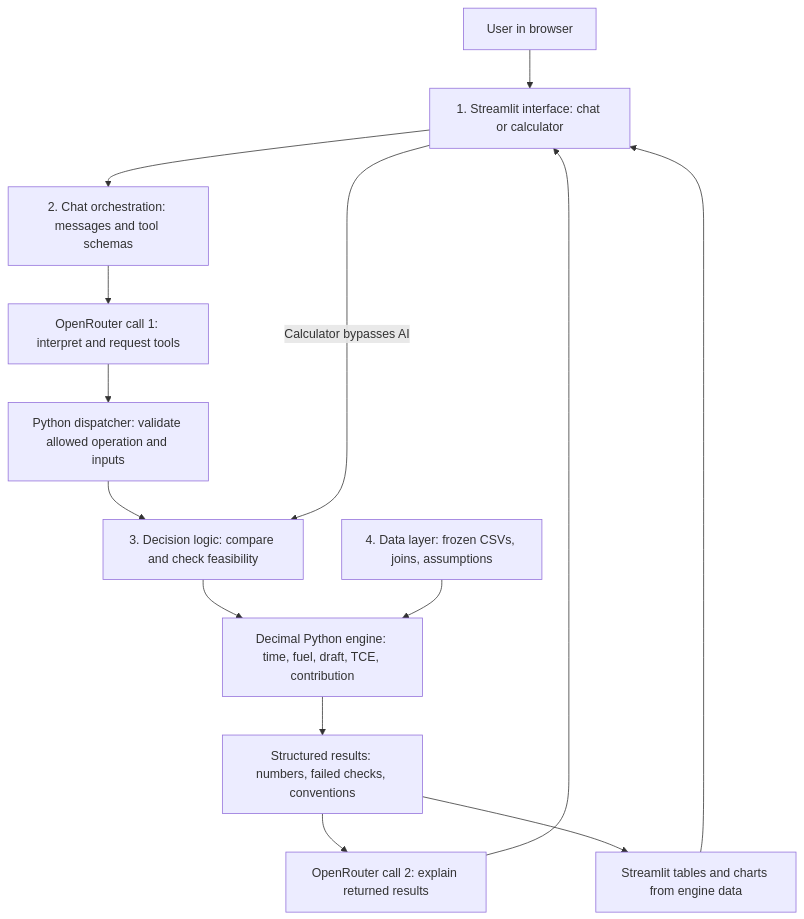
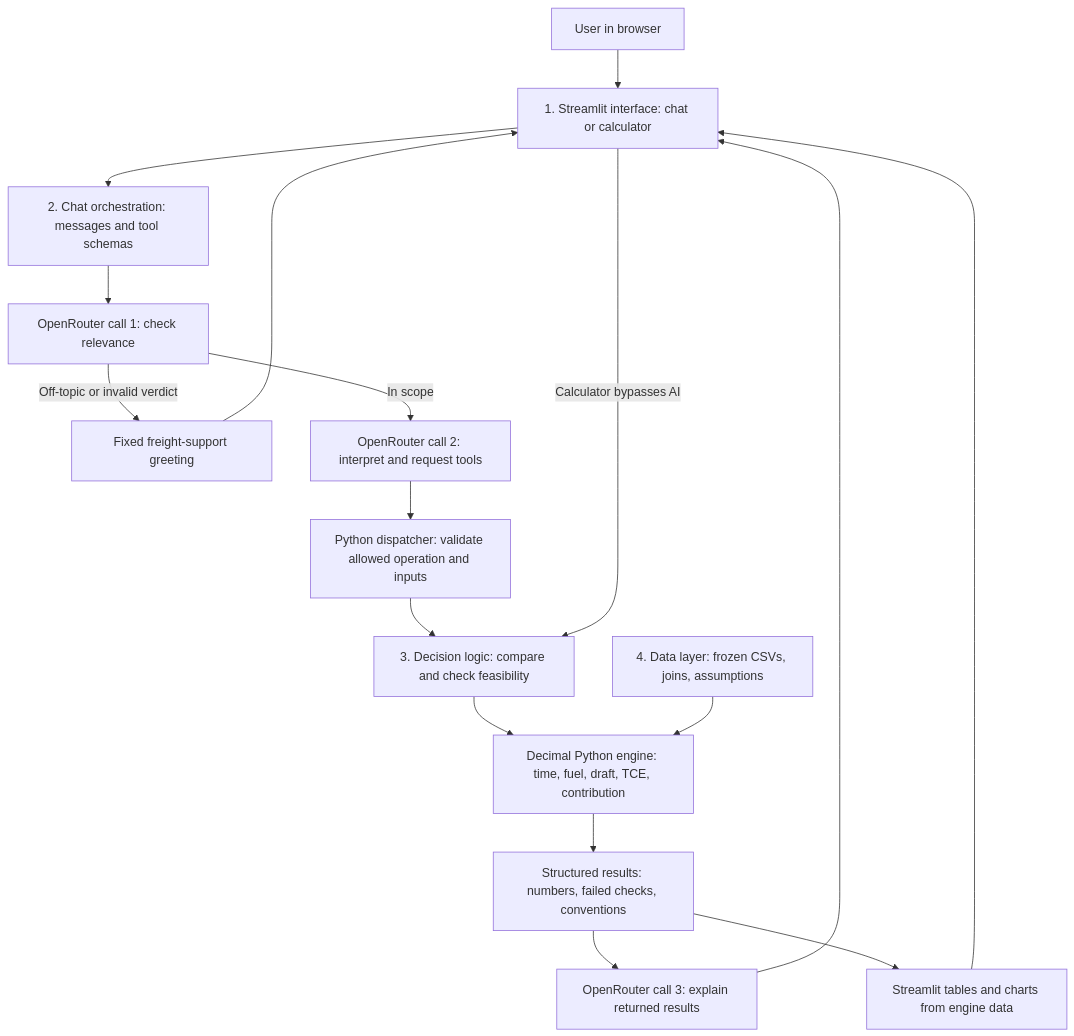
The diagram in docs/architecture.md (Walapipu/voyage-decision-support), drawn with Mermaid before and after one commit. The commit also changed other lines of this file and 9 other files, not shown here.

Commit message:
feat: keep assistant on topic and polish chat and map interaction

````diff
--- a/docs/architecture.md
+++ b/docs/architecture.md
@@ -5,16 +5,19 @@
 ```mermaid
 flowchart TD
     User[User in browser] --> UI["1. Streamlit interface: chat or calculator"]
     UI --> Chat["2. Chat orchestration: messages and tool schemas"]
-    Chat --> Interpret["OpenRouter call 1: interpret and request tools"]
+    Chat --> Scope["OpenRouter call 1: check relevance"]
+    Scope -->|Off-topic or invalid verdict| Greeting["Fixed freight-support greeting"]
+    Greeting --> UI
+    Scope -->|In scope| Interpret["OpenRouter call 2: interpret and request tools"]
     Interpret --> Validate["Python dispatcher: validate allowed operation and inputs"]
     Validate --> Decision["3. Decision logic: compare and check feasibility"]
     Decision --> Engine["Decimal Python engine: time, fuel, draft, TCE, contribution"]
     Data["4. Data layer: frozen CSVs, joins, assumptions"] --> Engine
     Engine --> Results["Structured results: numbers, failed checks, conventions"]
-    Results --> Explain["OpenRouter call 2: explain returned results"]
+    Results --> Explain["OpenRouter call 3: explain returned results"]
     Explain --> UI
     Results --> Charts["Streamlit tables and charts from engine data"]
     Charts --> UI
     UI -->|Calculator bypasses AI| Decision
 ```
````
